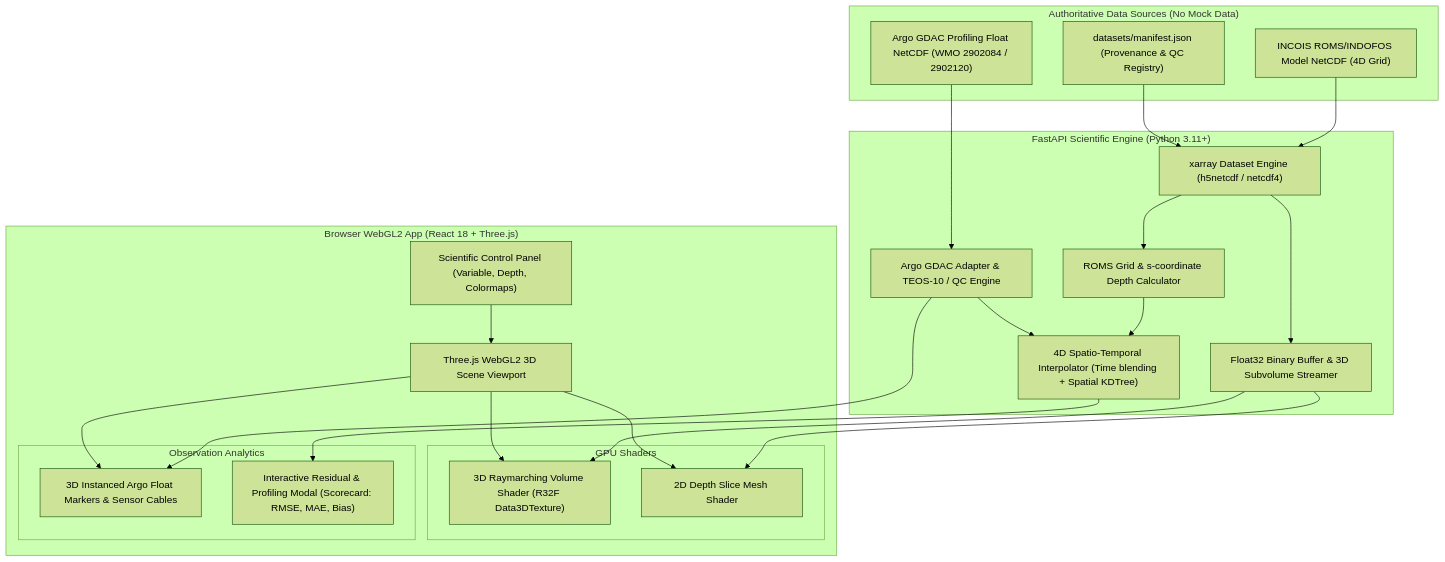
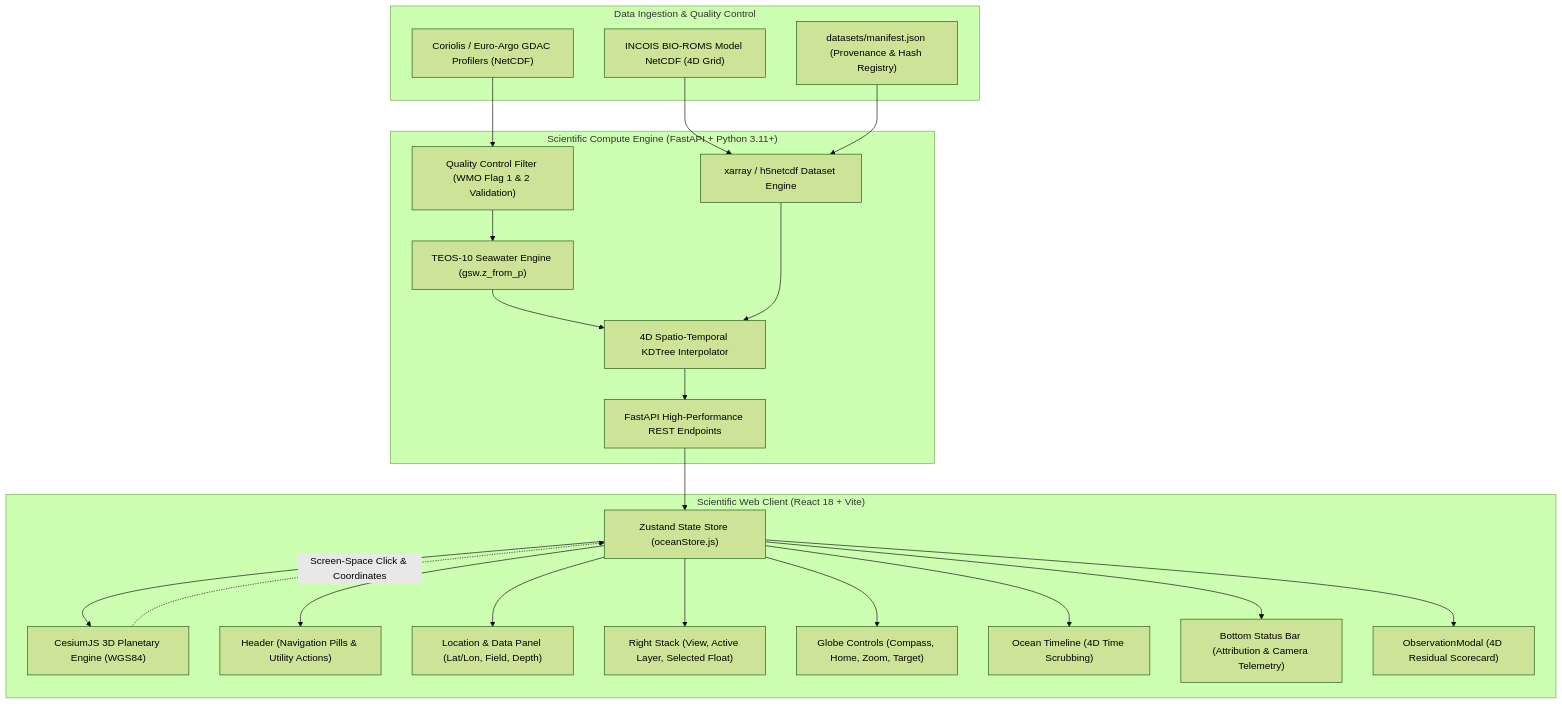
The diagram in README.md (Akshit-Agrawal-769/SIH2026), drawn with Mermaid (forest theme) before and after one commit. The commit also changed other lines of this file, not shown here.

Commit message:
Update README.md with comprehensive documentation and architecture

````diff
--- a/README.md
+++ b/README.md
@@ -51,48 +65,44 @@
 ```mermaid
-graph TD
-    subgraph Data Sources ["Authoritative Data Sources (No Mock Data)"]
-        DS1["INCOIS ROMS/INDOFOS Model NetCDF (4D Grid)"]
-        DS2["Argo GDAC Profiling Float NetCDF (WMO 2902084 / 2902120)"]
-        MAN["datasets/manifest.json (Provenance & QC Registry)"]
+flowchart TD
+    subgraph Data Layer ["Data Ingestion & Quality Control"]
+        ROMS_NC["INCOIS BIO-ROMS Model NetCDF (4D Grid)"]
+        ARGO_NC["Coriolis / Euro-Argo GDAC Profilers (NetCDF)"]
+        MANIFEST["datasets/manifest.json (Provenance & Hash Registry)"]
     end
 
-    subgraph Scientific Backend ["FastAPI Scientific Engine (Python 3.11+)"]
-        XR["xarray Dataset Engine (h5netcdf / netcdf4)"]
-        ROMS_ADAPT["ROMS Grid & s-coordinate Depth Calculator"]
-        ARGO_ADAPT["Argo GDAC Adapter & TEOS-10 / QC Engine"]
-        INTERP["4D Spatio-Temporal Interpolator (Time blending + Spatial KDTree)"]
-        BIN_GEN["Float32 Binary Buffer & 3D Subvolume Streamer"]
+    subgraph Backend ["Scientific Compute Engine (FastAPI + Python 3.11+)"]
+        XR["xarray / h5netcdf Dataset Engine"]
+        TEOS["TEOS-10 Seawater Engine (gsw.z_from_p)"]
+        QC["Quality Control Filter (WMO Flag 1 & 2 Validation)"]
+        COLOC["4D Spatio-Temporal KDTree Interpolator"]
+        API["FastAPI High-Performance REST Endpoints"]
     end
 
-    subgraph Frontend Application ["Browser WebGL2 App (React 18 + Three.js)"]
-        UI["Scientific Control Panel (Variable, Depth, Colormaps)"]
-        RENDER["Three.js WebGL2 3D Scene Viewport"]
-        
-        subgraph GPU Shaders ["GPU Shaders"]
-            RAYMARCH["3D Raymarching Volume Shader (R32F Data3DTexture)"]
-            SLICE["2D Depth Slice Mesh Shader"]
-        end
-
-        subgraph InSitu ["Observation Analytics"]
-            MARKER["3D Instanced Argo Float Markers & Sensor Cables"]
-            PLOT["Interactive Residual & Profiling Modal (Scorecard: RMSE, MAE, Bias)"]
-        end
+    subgraph Frontend ["Scientific Web Client (React 18 + Vite)"]
+        STORE["Zustand State Store (oceanStore.js)"]
+        CESIUM["CesiumJS 3D Planetary Engine (WGS84)"]
+        UI_HEADER["Header (Navigation Pills & Utility Actions)"]
+        UI_LEFT["Location & Data Panel (Lat/Lon, Field, Depth)"]
+        UI_RIGHT["Right Stack (View, Active Layer, Selected Float)"]
+        UI_CONTROLS["Globe Controls (Compass, Home, Zoom, Target)"]
+        UI_TIMELINE["Ocean Timeline (4D Time Scrubbing)"]
+        UI_STATUS["Bottom Status Bar (Attribution & Camera Telemetry)"]
+        MODAL["ObservationModal (4D Residual Scorecard)"]
     end
 
-    DS1 --> XR
-    DS2 --> ARGO_ADAPT
-    MAN --> XR
-    XR --> ROMS_ADAPT --> INTERP
-    ARGO_ADAPT --> INTERP
-    XR --> BIN_GEN
+    ROMS_NC --> XR
+    ARGO_NC --> QC --> TEOS --> COLOC
+    MANIFEST --> XR
+    XR --> COLOC --> API
+    API --> STORE
 
-    BIN_GEN --> RAYMARCH
-    BIN_GEN --> SLICE
-    ARGO_ADAPT --> MARKER
-    INTERP --> PLOT
-
-    UI --> RENDER
-    RENDER --> RAYMARCH
-    RENDER --> SLICE
-    RENDER --> MARKER
+    STORE --> CESIUM
+    STORE --> UI_HEADER
+    STORE --> UI_LEFT
+    STORE --> UI_RIGHT
+    STORE --> UI_CONTROLS
+    STORE --> UI_TIMELINE
+    STORE --> UI_STATUS
+    STORE --> MODAL
+    CESIUM -.->|Screen-Space Click & Coordinates| STORE
 ```
````
